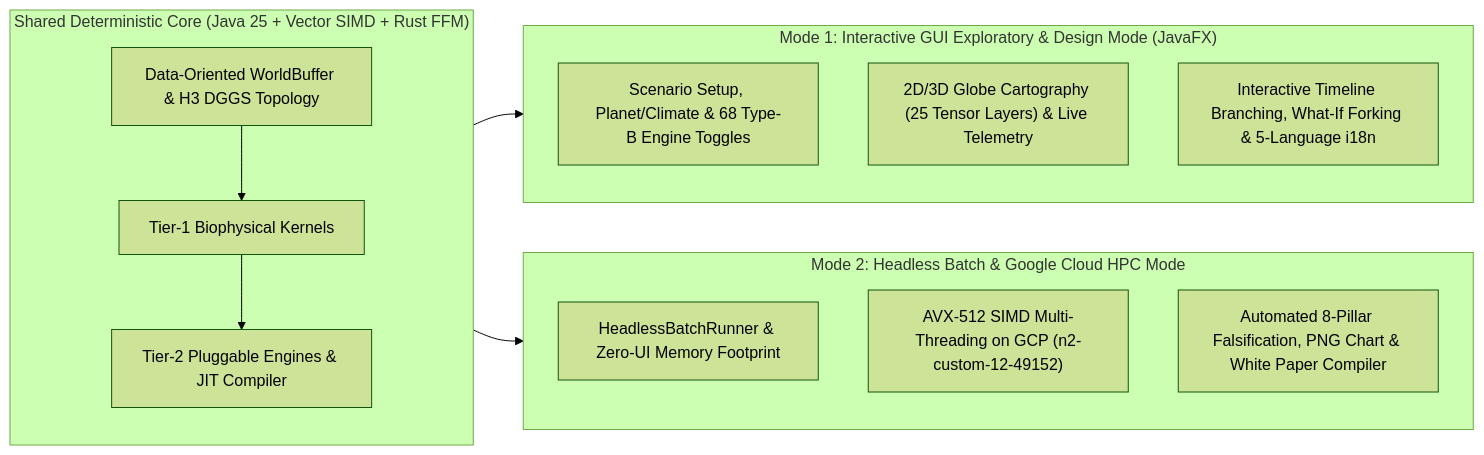
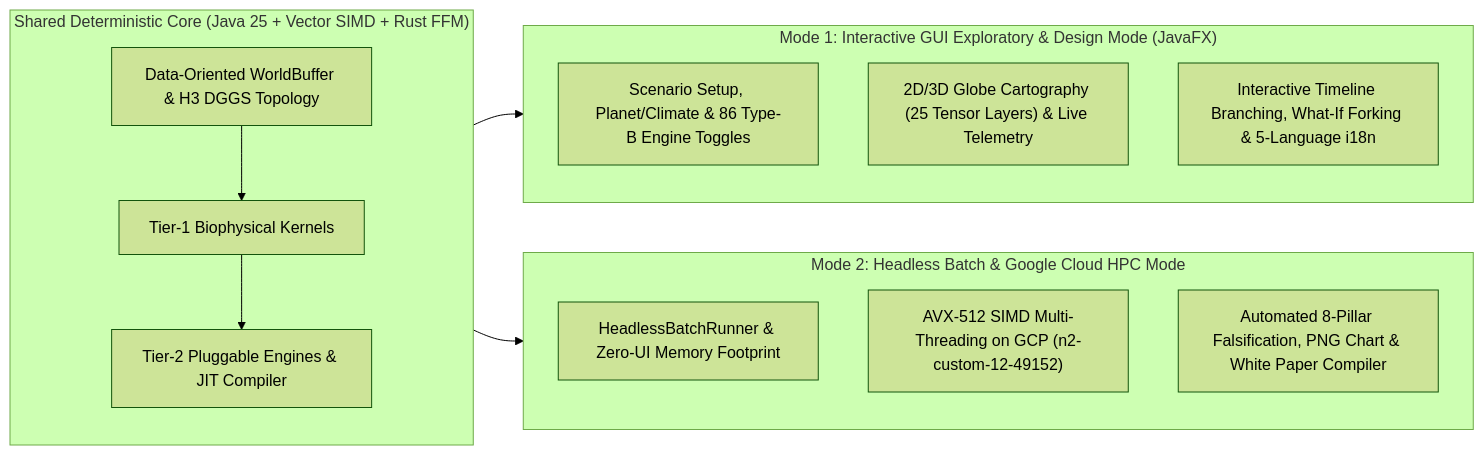
The third of 3 diagrams in docs/paper/ACADEMIC_PAPER_PLANETARY_CLIODYNAMICS_FALSIFICATION.md (silveremartin-dev/Ether), drawn with Mermaid (forest theme) before and after one commit. The commit also changed other lines of this file and 4 other files, not shown here.

Commit message:
docs(paper): update academic paper with 86 Type-B engines, 18-engine Mode C ablation matrix, and formal synthesis of the six falsified paradigms

````diff
--- a/docs/paper/ACADEMIC_PAPER_PLANETARY_CLIODYNAMICS_FALSIFICATION.md
+++ b/docs/paper/ACADEMIC_PAPER_PLANETARY_CLIODYNAMICS_FALSIFICATION.md
@@ -400,24 +400,24 @@
 ```mermaid
 flowchart LR
     subgraph CoreKernel ["Shared Deterministic Core (Java 25 + Vector SIMD + Rust FFM)"]
         WB["Data-Oriented WorldBuffer & H3 DGGS Topology"]
         T1K["Tier-1 Biophysical Kernels"]
         T2K["Tier-2 Pluggable Engines & JIT Compiler"]
         WB --> T1K --> T2K
     end
 
     subgraph DesignMode ["Mode 1: Interactive GUI Exploratory & Design Mode (JavaFX)"]
-        UI1["Scenario Setup, Planet/Climate & 68 Type-B Engine Toggles"]
+        UI1["Scenario Setup, Planet/Climate & 86 Type-B Engine Toggles"]
         UI2["2D/3D Globe Cartography (25 Tensor Layers) & Live Telemetry"]
         UI3["Interactive Timeline Branching, What-If Forking & 5-Language i18n"]
     end
 
     subgraph CloudMode ["Mode 2: Headless Batch & Google Cloud HPC Mode"]
         CL1["HeadlessBatchRunner & Zero-UI Memory Footprint"]
         CL2["AVX-512 SIMD Multi-Threading on GCP (n2-custom-12-49152)"]
         CL3["Automated 8-Pillar Falsification, PNG Chart & White Paper Compiler"]
     end
 
     CoreKernel --> DesignMode
     CoreKernel --> CloudMode
 ```
````
